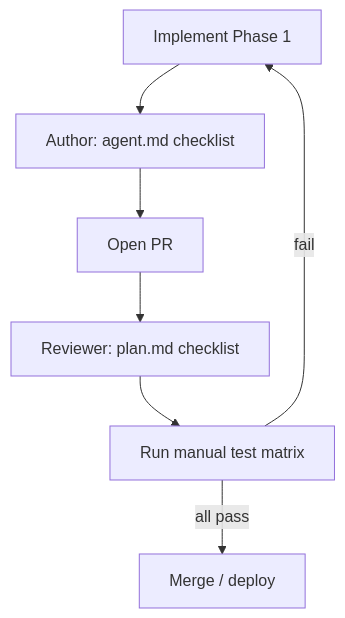
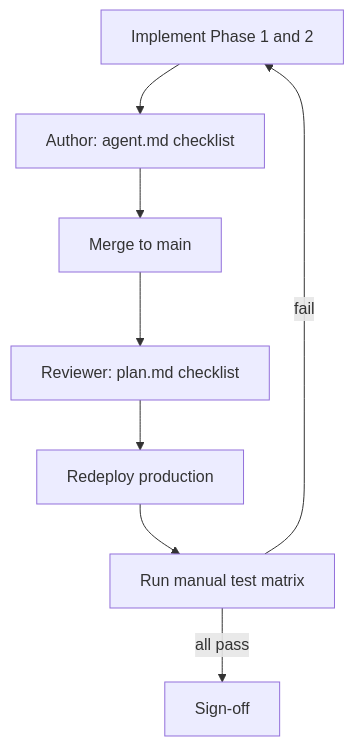
One commit to haymous3/Luggizztik changed the second of 2 diagrams in docs/plan.md. Above: the diagram before and after it, drawn with Mermaid. The commit also changed other lines of this file and 1 other file, not shown here.

````diff
--- a/docs/plan.md
+++ b/docs/plan.md
@@ -145,16 +169,18 @@
 ```mermaid
 flowchart TD
-  impl[Implement Phase 1]
+  impl[Implement Phase 1 and 2]
   selfReview[Author: agent.md checklist]
-  pr[Open PR]
+  pr[Merge to main]
   review[Reviewer: plan.md checklist]
   test[Run manual test matrix]
-  merge[Merge / deploy]
+  deploy[Redeploy production]
+  done[Sign-off]
 
   impl --> selfReview
   selfReview --> pr
   pr --> review
-  review --> test
-  test -->|all pass| merge
+  review --> deploy
+  deploy --> test
+  test -->|all pass| done
   test -->|fail| impl
 ```
````
